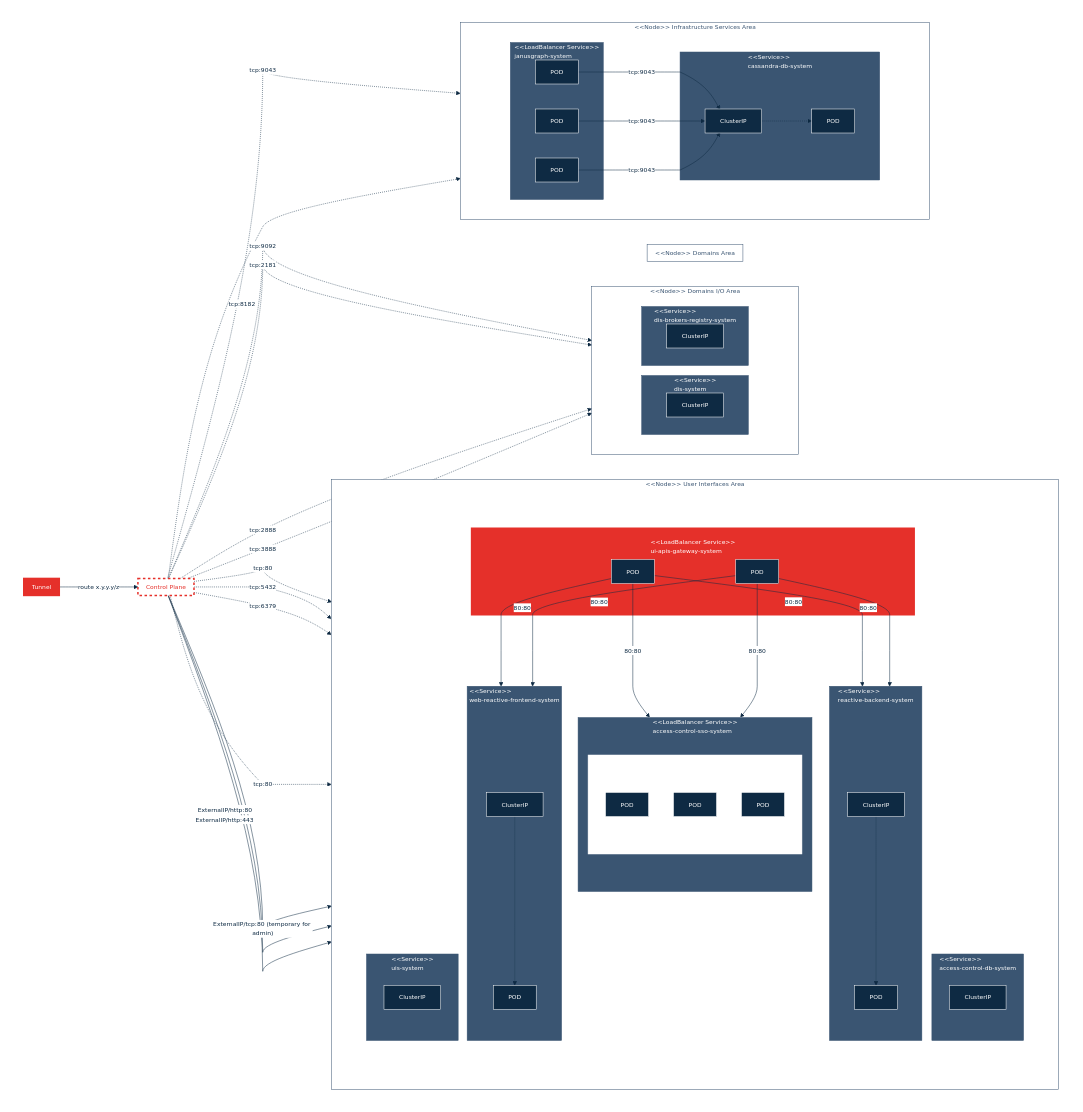
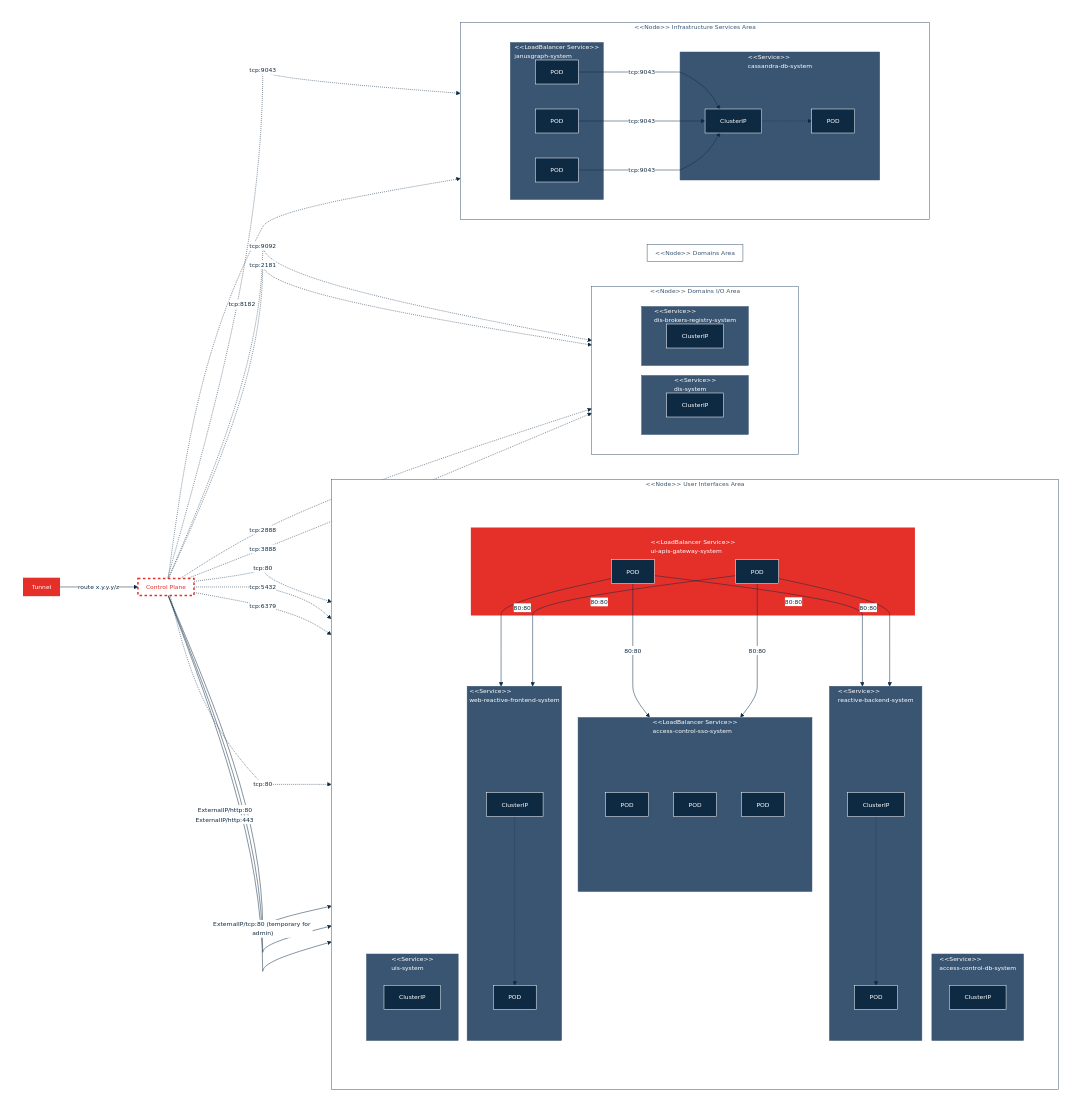
One commit to cybnity/iac-helm-charts changed the second of 2 diagrams in cybnity-platform/README.md. Above: the diagram before and after it, drawn with Mermaid.

```diff
--- a/cybnity-platform/README.md
+++ b/cybnity-platform/README.md
@@ -261,6 +261,7 @@
          end
          subgraph service3[" #60;#60;LoadBalancer Service#62;#62; \n access-control-sso-system "]
             subgraph ssolayer1[" "]
+               direction LR
                pod3["POD"]
                pod4["POD"]
                pod5["POD"]
@@ -315,7 +316,6 @@
   controlplane -. "tcp:6379" .-> clusterip3
   controlplane -- "ExternalIP/http:80" --> service8
   controlplane -- "ExternalIP/http:443" --> service8
-  controlplane -. "tcp:80" .-> clusterip4 -.-> pod2
   controlplane -. "tcp:9092" .-> clusterip5
   controlplane -. "tcp:2181" .-> clusterip6
   controlplane -. "tcp:2888" .-> clusterip6
@@ -323,6 +323,7 @@
   controlplane -. "tcp:9043" .-> clusterip7 -.-> pod9
   pod6 & pod7 & pod8  -- "tcp:9043" --> clusterip7
   controlplane -. "tcp:8182" .-> service9
+  controlplane -. "tcp:80" .-> clusterip4 -.-> pod2
   
   classDef red fill:#e5302a, stroke:#e5302a, color:#fff, stroke-width:3px
   classDef medium fill:#fff, stroke:#3a5572, color:#3a5572
@@ -331,7 +332,7 @@
   classDef reddot fill:#fff, stroke:#e5302a, color:#e5302a, stroke-dasharray: 5 5, stroke-width:3px
   classDef dark fill:#0e2a43, stroke:#fff, color:#fff
   classDef internalconfig fill:#0e2a43, stroke:#fff, color:#fff
-  class service1,service2,service3,service4,service5,service6,service7,service9,service10 mediumfill;
+  class service1,service2,service3,ssolayer1,service4,service5,service6,service7,service9,service10 mediumfill;
   class ui,di,da,is medium;
   class pod1,pod2,pod3,pod4,pod5,pod6,pod7,pod8,pod9,podproxy1,podproxy2,clusterip1,clusterip2,clusterip3,clusterip4,clusterip5,clusterip6,clusterip7 dark;
   class tunnel,service8 red;
```
